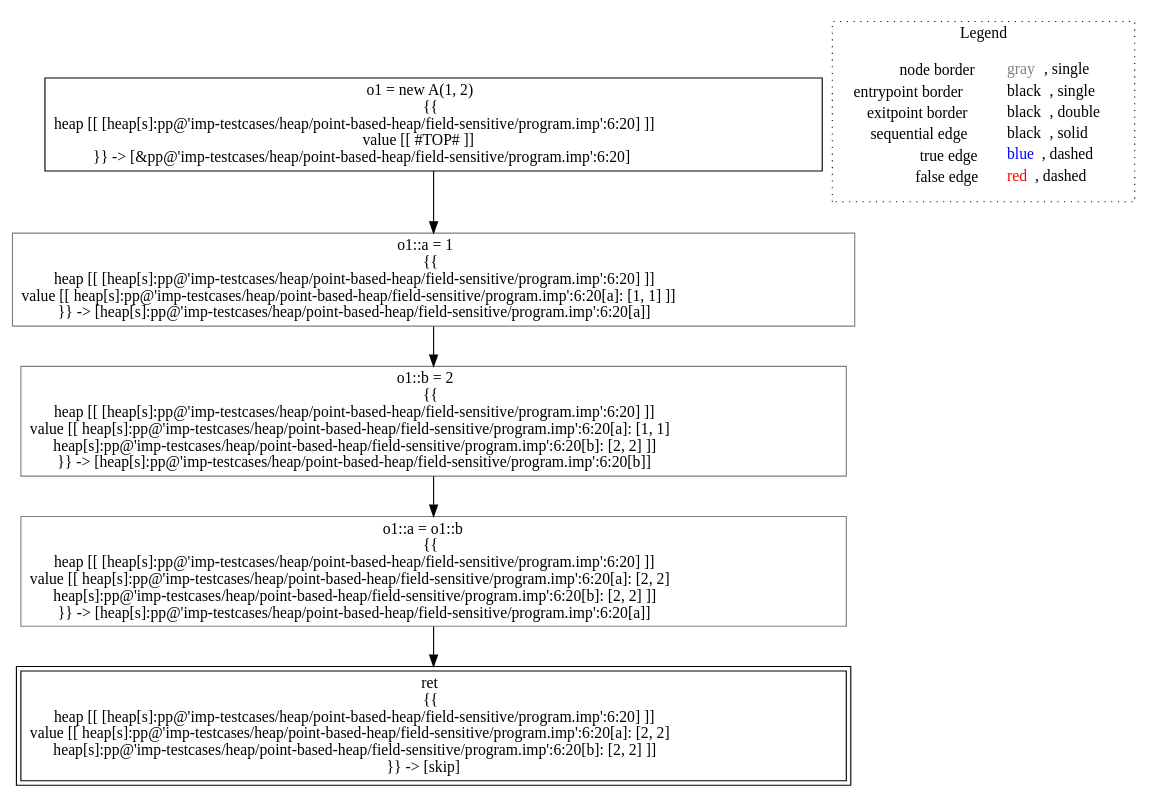
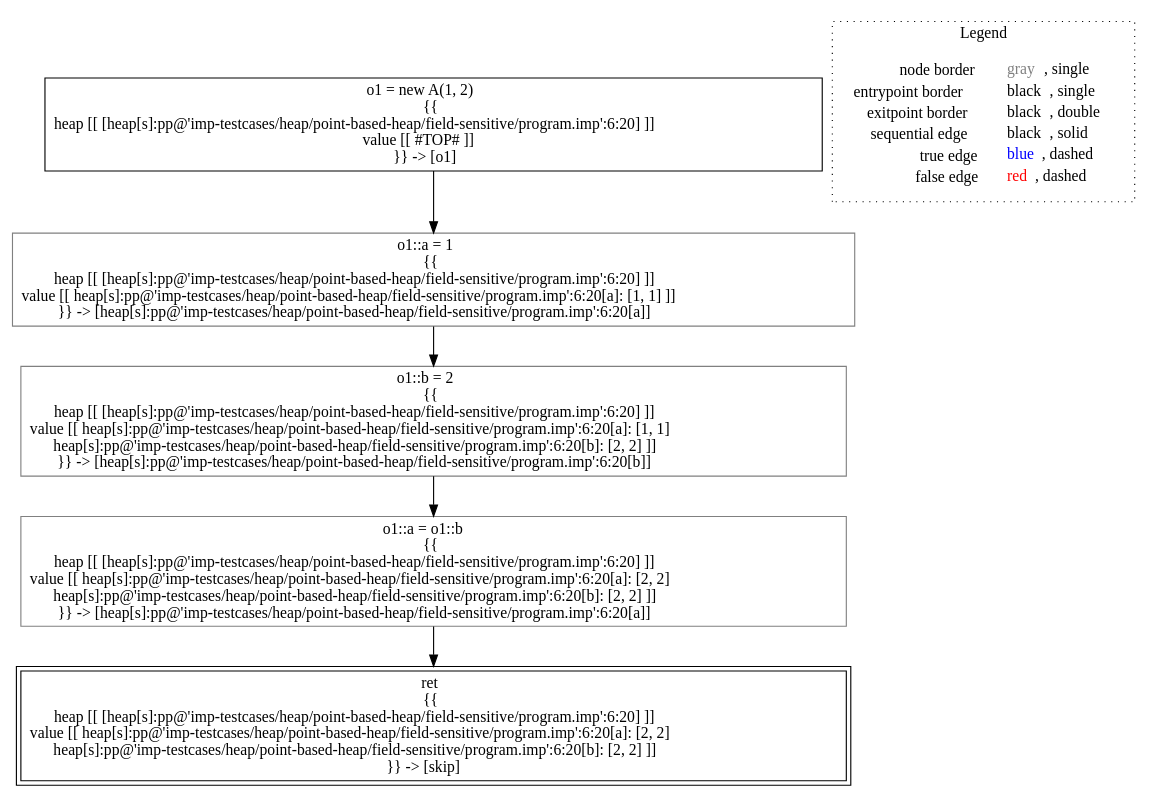
The diagram in lisa/imp-testcases/heap/point-based-heap/field-sensitive/analysis___untyped_A.f1(A_this).dot (lisa-analyzer/lisa), drawn with Graphviz before and after one commit. The commit also changed 33 other files, not shown here.

Commit message:
#95 refactored new heap symbolic expressions, removed rewriting in analysis state small step semantics and assign methods, point based heap tests

```diff
--- a/lisa/imp-testcases/heap/point-based-heap/field-sensitive/analysis___untyped_A.f1(A_this).dot
+++ b/lisa/imp-testcases/heap/point-based-heap/field-sensitive/analysis___untyped_A.f1(A_this).dot
@@ -1,18 +1,18 @@
 digraph {
-	"node0" [shape="rect",color="black",label=<o1 = new A(1, 2)<BR/>{{<BR/>heap [[ [heap[s]:pp@'imp-testcases/heap/point-based-heap/field-sensitive/program.imp':6:20] ]]<BR/>value [[ #TOP# ]]<BR/>}} -&gt; [&amp;pp@'imp-testcases/heap/point-based-heap/field-sensitive/program.imp':6:20]>];
-	"node1" [shape="rect",color="gray",label=<o1::b = 2<BR/>{{<BR/>heap [[ [heap[s]:pp@'imp-testcases/heap/point-based-heap/field-sensitive/program.imp':6:20] ]]<BR/>value [[ heap[s]:pp@'imp-testcases/heap/point-based-heap/field-sensitive/program.imp':6:20[a]: [1, 1]<BR/>heap[s]:pp@'imp-testcases/heap/point-based-heap/field-sensitive/program.imp':6:20[b]: [2, 2] ]]<BR/>}} -&gt; [heap[s]:pp@'imp-testcases/heap/point-based-heap/field-sensitive/program.imp':6:20[b]]>];
-	"node2" [shape="rect",color="gray",label=<o1::a = 1<BR/>{{<BR/>heap [[ [heap[s]:pp@'imp-testcases/heap/point-based-heap/field-sensitive/program.imp':6:20] ]]<BR/>value [[ heap[s]:pp@'imp-testcases/heap/point-based-heap/field-sensitive/program.imp':6:20[a]: [1, 1] ]]<BR/>}} -&gt; [heap[s]:pp@'imp-testcases/heap/point-based-heap/field-sensitive/program.imp':6:20[a]]>];
-	"node3" [shape="rect",color="black",peripheries="2",label=<ret<BR/>{{<BR/>heap [[ [heap[s]:pp@'imp-testcases/heap/point-based-heap/field-sensitive/program.imp':6:20] ]]<BR/>value [[ heap[s]:pp@'imp-testcases/heap/point-based-heap/field-sensitive/program.imp':6:20[a]: [2, 2]<BR/>heap[s]:pp@'imp-testcases/heap/point-based-heap/field-sensitive/program.imp':6:20[b]: [2, 2] ]]<BR/>}} -&gt; [skip]>];
-	"node4" [shape="rect",color="gray",label=<o1::a = o1::b<BR/>{{<BR/>heap [[ [heap[s]:pp@'imp-testcases/heap/point-based-heap/field-sensitive/program.imp':6:20] ]]<BR/>value [[ heap[s]:pp@'imp-testcases/heap/point-based-heap/field-sensitive/program.imp':6:20[a]: [2, 2]<BR/>heap[s]:pp@'imp-testcases/heap/point-based-heap/field-sensitive/program.imp':6:20[b]: [2, 2] ]]<BR/>}} -&gt; [heap[s]:pp@'imp-testcases/heap/point-based-heap/field-sensitive/program.imp':6:20[a]]>];
+	"node0" [shape="rect",color="black",label=<o1 = new A(1, 2)<BR/>{{<BR/>heap [[ [heap[s]:pp@'imp-testcases/heap/point-based-heap/field-sensitive/program.imp':6:20] ]]<BR/>value [[ #TOP# ]]<BR/>}} -&gt; [o1]>];
+	"node1" [shape="rect",color="gray",label=<o1::a = o1::b<BR/>{{<BR/>heap [[ [heap[s]:pp@'imp-testcases/heap/point-based-heap/field-sensitive/program.imp':6:20] ]]<BR/>value [[ heap[s]:pp@'imp-testcases/heap/point-based-heap/field-sensitive/program.imp':6:20[a]: [2, 2]<BR/>heap[s]:pp@'imp-testcases/heap/point-based-heap/field-sensitive/program.imp':6:20[b]: [2, 2] ]]<BR/>}} -&gt; [heap[s]:pp@'imp-testcases/heap/point-based-heap/field-sensitive/program.imp':6:20[a]]>];
+	"node2" [shape="rect",color="gray",label=<o1::b = 2<BR/>{{<BR/>heap [[ [heap[s]:pp@'imp-testcases/heap/point-based-heap/field-sensitive/program.imp':6:20] ]]<BR/>value [[ heap[s]:pp@'imp-testcases/heap/point-based-heap/field-sensitive/program.imp':6:20[a]: [1, 1]<BR/>heap[s]:pp@'imp-testcases/heap/point-based-heap/field-sensitive/program.imp':6:20[b]: [2, 2] ]]<BR/>}} -&gt; [heap[s]:pp@'imp-testcases/heap/point-based-heap/field-sensitive/program.imp':6:20[b]]>];
+	"node3" [shape="rect",color="gray",label=<o1::a = 1<BR/>{{<BR/>heap [[ [heap[s]:pp@'imp-testcases/heap/point-based-heap/field-sensitive/program.imp':6:20] ]]<BR/>value [[ heap[s]:pp@'imp-testcases/heap/point-based-heap/field-sensitive/program.imp':6:20[a]: [1, 1] ]]<BR/>}} -&gt; [heap[s]:pp@'imp-testcases/heap/point-based-heap/field-sensitive/program.imp':6:20[a]]>];
+	"node4" [shape="rect",color="black",peripheries="2",label=<ret<BR/>{{<BR/>heap [[ [heap[s]:pp@'imp-testcases/heap/point-based-heap/field-sensitive/program.imp':6:20] ]]<BR/>value [[ heap[s]:pp@'imp-testcases/heap/point-based-heap/field-sensitive/program.imp':6:20[a]: [2, 2]<BR/>heap[s]:pp@'imp-testcases/heap/point-based-heap/field-sensitive/program.imp':6:20[b]: [2, 2] ]]<BR/>}} -&gt; [skip]>];
 	"node1" -> "node4" [color="black"];
+	"node0" -> "node3" [color="black"];
 	"node2" -> "node1" [color="black"];
-	"node0" -> "node2" [color="black"];
-	"node4" -> "node3" [color="black"];
+	"node3" -> "node2" [color="black"];
 subgraph cluster_legend {
 	label="Legend";
 	style=dotted;
 	node [shape=plaintext];
 	"legend" [label=<<table border="0" cellpadding="2" cellspacing="0" cellborder="0"><tr><td align="right">node border&nbsp;</td><td align="left"><font color="gray">gray</font>, single</td></tr><tr><td align="right">entrypoint border&nbsp;</td><td align="left"><font color="black">black</font>, single</td></tr><tr><td align="right">exitpoint border&nbsp;</td><td align="left"><font color="black">black</font>, double</td></tr><tr><td align="right">sequential edge&nbsp;</td><td align="left"><font color="black">black</font>, solid</td></tr><tr><td align="right">true edge&nbsp;</td><td align="left"><font color="blue">blue</font>, dashed</td></tr><tr><td align="right">false edge&nbsp;</td><td align="left"><font color="red">red</font>, dashed</td></tr></table>>];
 }
 
 }
```
